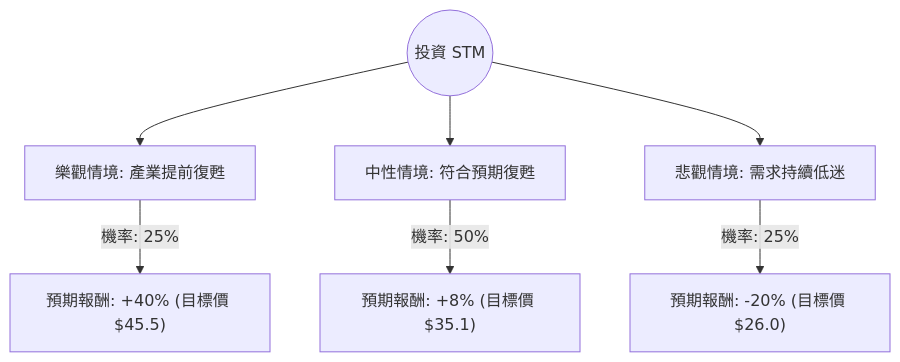
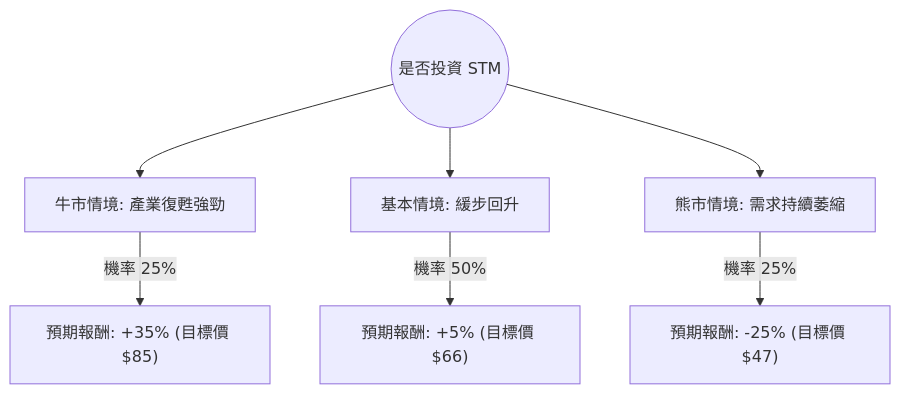
The diagram in plugin-react/ai-analysis/ev-analysis/STM.md (zmcx16/zmcx16.github.io), drawn with Mermaid before and after one commit. The commit also changed other lines of this file and 77 other files, not shown here.

````diff
--- a/plugin-react/ai-analysis/ev-analysis/STM.md
+++ b/plugin-react/ai-analysis/ev-analysis/STM.md
@@ -21,10 +22,10 @@
 ```mermaid
 graph TD
-    Start((投資 STM)) --> Bull[樂觀情境: 產業提前復甦]
-    Start --> Base[中性情境: 符合預期復甦]
-    Start --> Bear[悲觀情境: 需求持續低迷]
+    Start((是否投資 STM)) --> Bull[牛市情境: 產業復甦強勁]
+    Start --> Base[基本情境: 緩步回升]
+    Start --> Bear[熊市情境: 需求持續萎縮]
 
-    Bull -- "機率: 25%" --> BullVal["預期報酬: +40% (目標價 $45.5)"]
-    Base -- "機率: 50%" --> BaseVal["預期報酬: +8% (目標價 $35.1)"]
-    Bear -- "機率: 25%" --> BearVal["預期報酬: -20% (目標價 $26.0)"]
+    Bull -- "機率 25%" --> BullResult["預期報酬: +35% (目標價 $85)"]
+    Base -- "機率 50%" --> BaseResult["預期報酬: +5% (目標價 $66)"]
+    Bear -- "機率 25%" --> BearResult["預期報酬: -25% (目標價 $47)"]
 ```
````
